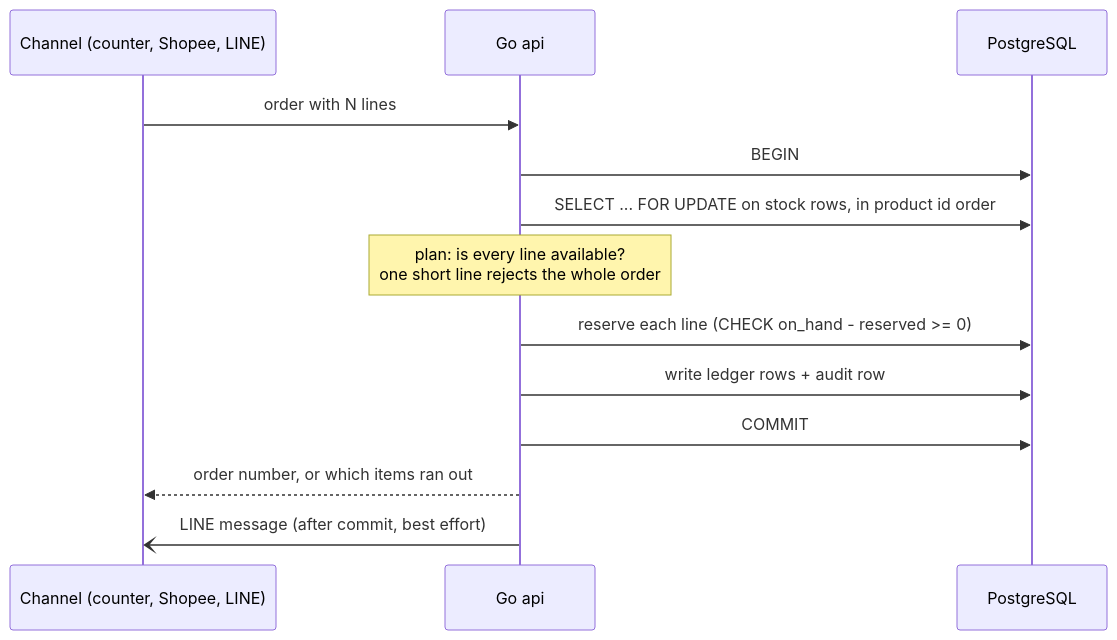
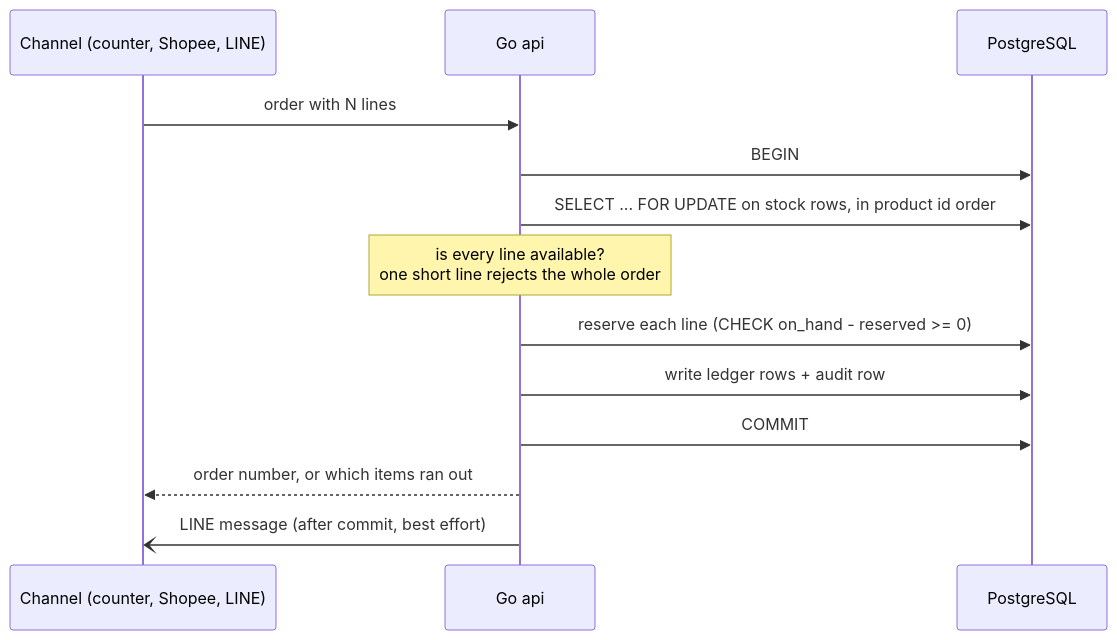
One commit to aumputthipong/shop-inventory-app changed the diagram in README.md. Above: the diagram before and after it, drawn with Mermaid. The commit also changed other lines of this file and 8 other files, not shown here.

````diff
--- a/README.md
+++ b/README.md
@@ -67,15 +58,15 @@
 ```mermaid
 sequenceDiagram
     participant C as Channel (counter, Shopee, LINE)
     participant API as Go api
     participant DB as PostgreSQL
     C->>API: order with N lines
     API->>DB: BEGIN
     API->>DB: SELECT ... FOR UPDATE on stock rows, in product id order
-    Note over API: plan: is every line available?<br/>one short line rejects the whole order
+    Note over API: is every line available?<br/>one short line rejects the whole order
     API->>DB: reserve each line (CHECK on_hand - reserved >= 0)
     API->>DB: write ledger rows + audit row
     API->>DB: COMMIT
     API-->>C: order number, or which items ran out
     API-)C: LINE message (after commit, best effort)
 ```
````
